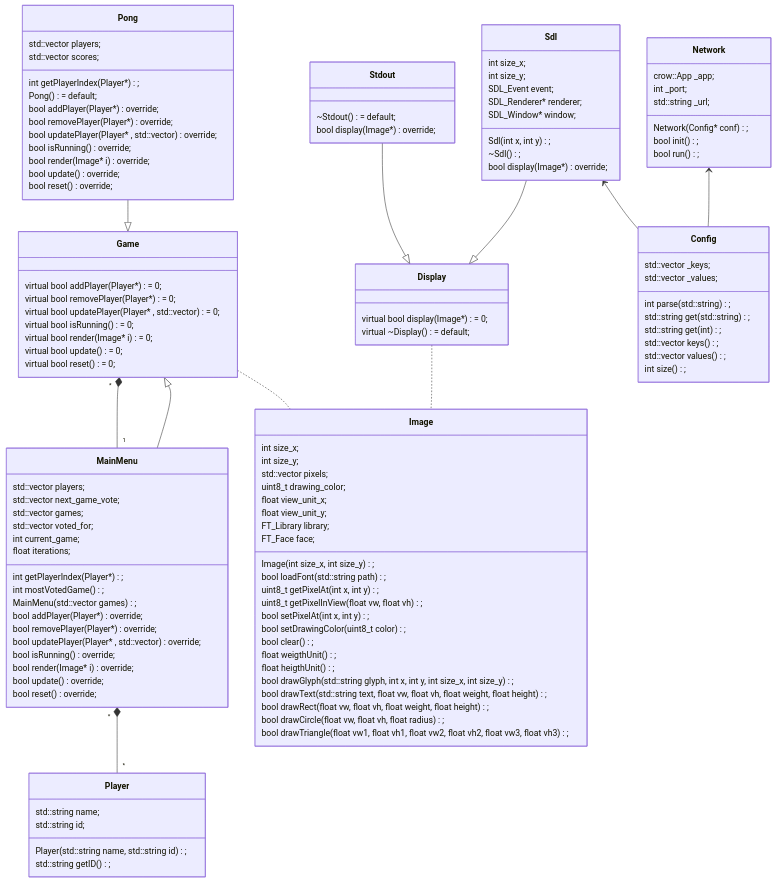
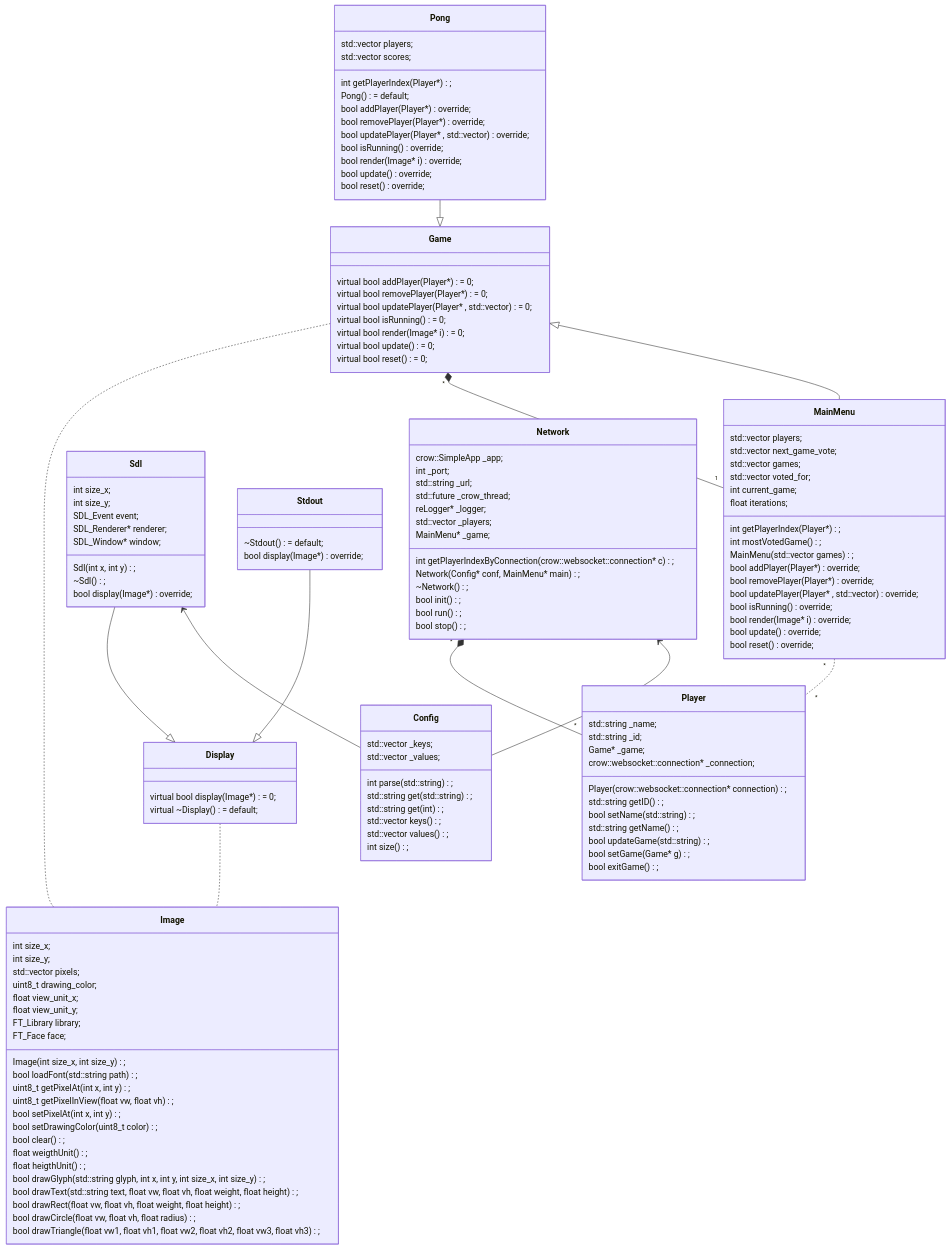
One commit to 4nimii/LED_matrix changed the diagram in README.md. Above: the diagram before and after it, drawn with Mermaid. The commit also changed other lines of this file, not shown here.

```diff
--- a/README.md
+++ b/README.md
@@ -58,15 +60,6 @@
         bool render(Image* i) override;
         bool update() override;
         bool reset() override;
-
-}
-
-class Player {
-
-        std::string name;
-        std::string id;
-        Player(std::string name, std::string id);
-        std::string getID();
 
 }
 
@@ -152,16 +145,38 @@
 }
 
 class Network {
-        crow::App<crow::CORSHandler> _app;
+        crow::SimpleApp _app;
         int _port;
         std::string _url;
-        Network( Config* conf );
+        std::future<void> _crow_thread;
+        reLogger* _logger;
+        std::vector<Player*> _players;
+        MainMenu* _game;
+        int getPlayerIndexByConnection( crow::websocket::connection* c );
+        Network( Config* conf, MainMenu* main );
+        ~Network();
         bool init();
         bool run();
+        bool stop();
+}
+
+class Player {
+        std::string _name;
+        std::string _id;
+        Game* _game;
+        crow::websocket::connection* _connection;
+        Player( crow::websocket::connection* connection );
+        std::string getID();
+        bool setName( std::string );
+        std::string getName();
+        bool updateGame( std::string );
+        bool setGame( Game* g );
+        bool exitGame();
 }
 
 MainMenu --|> Game
-MainMenu "*" *-- "*"  Player
+MainMenu "*" .. "*"  Player
+Network "*" *-- "*" Player
 Pong --|> Game
 Stdout --|> Display
 Sdl --|> Display
```
